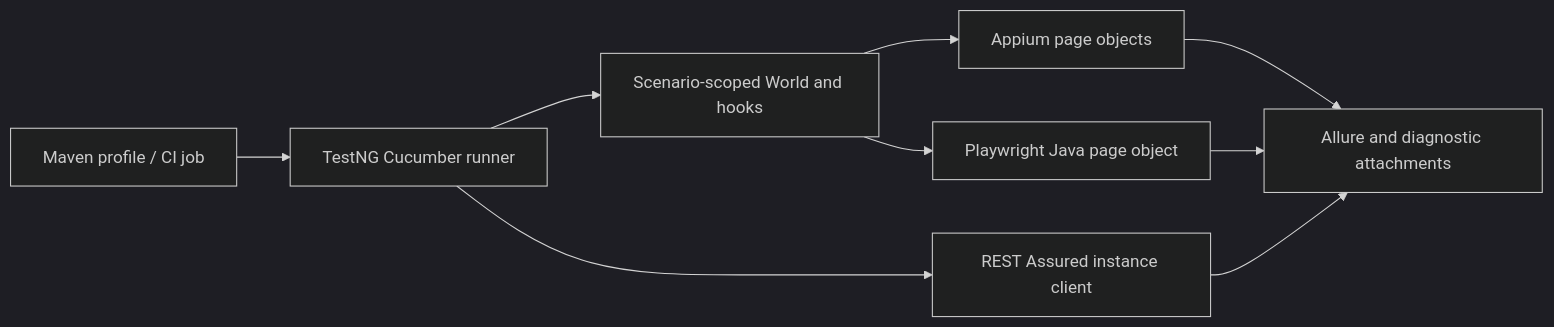
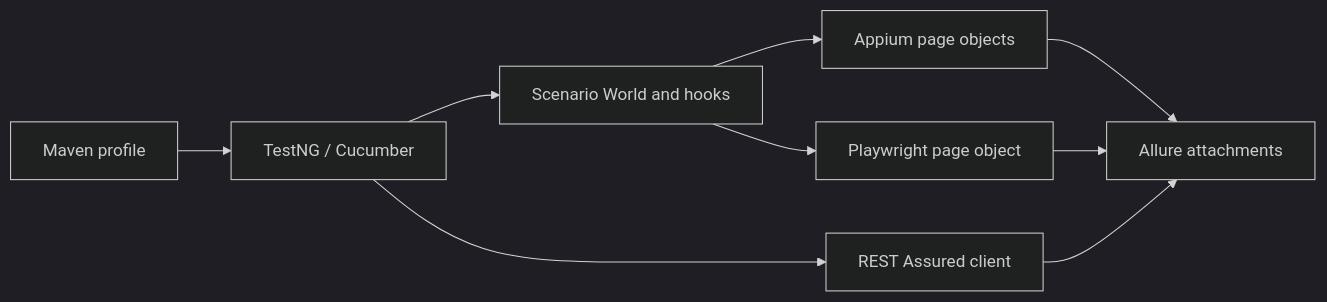
Before and after one commit to rivitha05/SDD: the diagram in docs/framework-notes.md, drawn with Mermaid (dark theme). The commit also changed other lines of this file and 8 other files, not shown here.

````diff
--- a/docs/framework-notes.md
+++ b/docs/framework-notes.md
@@ -13,11 +13,11 @@
 ```mermaid
 flowchart LR
-  Maven[Maven profile / CI job] --> Runner[TestNG Cucumber runner]
-  Runner --> World[Scenario-scoped World and hooks]
+  Maven[Maven profile] --> Runner[TestNG / Cucumber]
+  Runner --> World[Scenario World and hooks]
   World --> Mobile[Appium page objects]
-  World --> Web[Playwright Java page object]
-  Runner --> API[REST Assured instance client]
-  Mobile --> Evidence[Allure and diagnostic attachments]
-  Web --> Evidence
-  API --> Evidence
+  World --> Web[Playwright page object]
+  Runner --> API[REST Assured client]
+  Mobile --> Reports[Allure attachments]
+  Web --> Reports
+  API --> Reports
 ```
````
